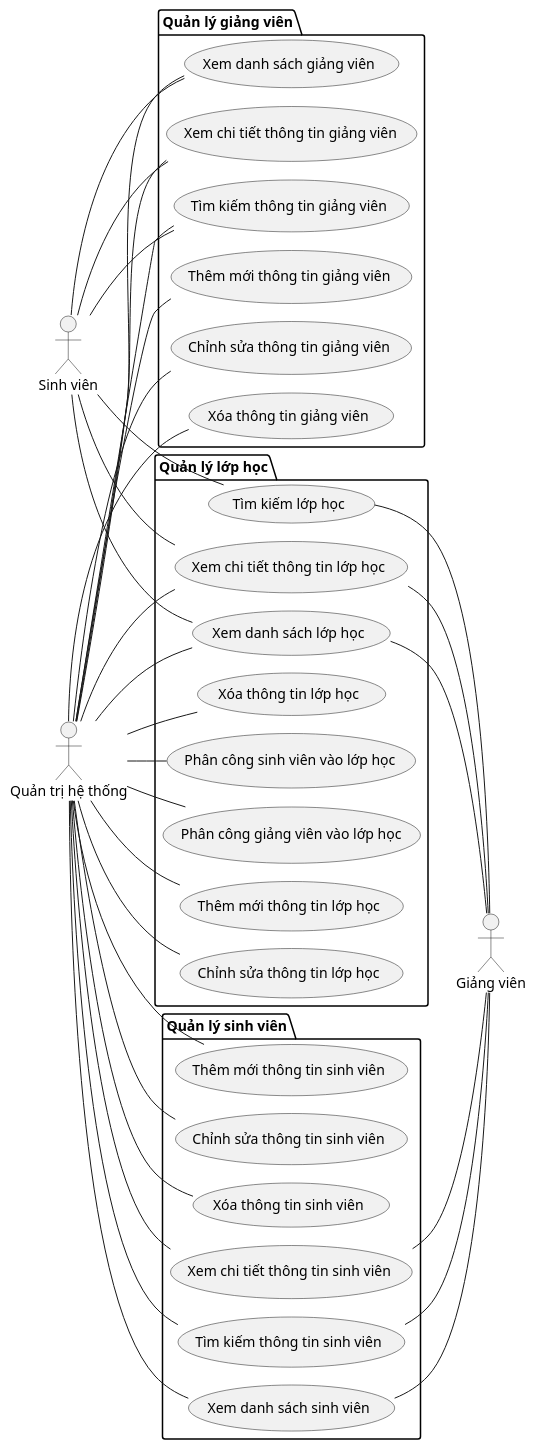
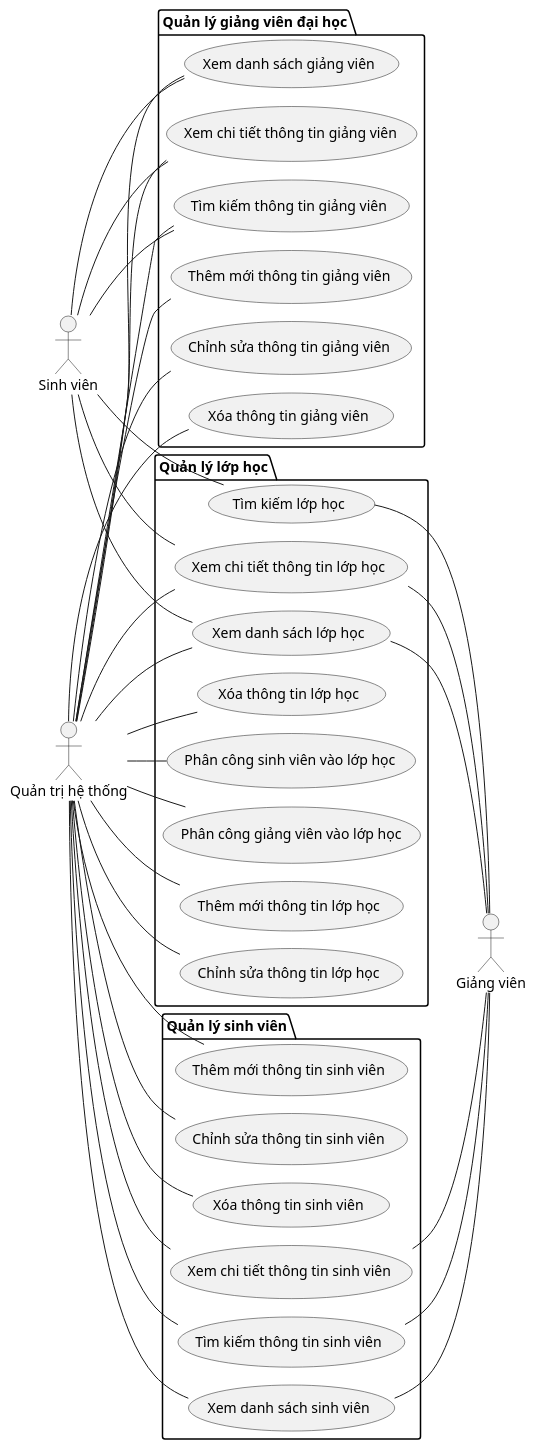
The diagram in 4.usecases.puml (alvinnguyen9820-prog/TestPUML), drawn with PlantUML before and after one commit.

```diff
--- a/4.usecases.puml
+++ b/4.usecases.puml
@@ -1,80 +1,80 @@
 @startuml
 !pragma layout smetana
 left to right direction
 
 '==================== Actors ====================
 actor "Quản trị hệ thống" as Admin
 actor "Giảng viên" as Teacher
 actor "Sinh viên" as Student
 
 '==================== CỘT TRÁI: Quản trị ====================
 
 
-package "Quản lý giảng viên" as P_TeacherMgmt {
+package "Quản lý giảng viên đại học" as P_TeacherMgmt {
   usecase "Xem danh sách giảng viên" as UC_T_List
   usecase "Xem chi tiết thông tin giảng viên" as UC_T_Detail
   usecase "Thêm mới thông tin giảng viên" as UC_T_Create
   usecase "Chỉnh sửa thông tin giảng viên" as UC_T_Update
   usecase "Xóa thông tin giảng viên" as UC_T_Delete
   usecase "Tìm kiếm thông tin giảng viên" as UC_T_Search
 }
 
 package "Quản lý sinh viên" as P_StudentMgmt {
   usecase "Xem danh sách sinh viên" as UC_S_List
   usecase "Xem chi tiết thông tin sinh viên" as UC_S_Detail
   usecase "Thêm mới thông tin sinh viên" as UC_S_Create
   usecase "Chỉnh sửa thông tin sinh viên" as UC_S_Update
   usecase "Xóa thông tin sinh viên" as UC_S_Delete
   usecase "Tìm kiếm thông tin sinh viên" as UC_S_Search
 }
 
 package "Quản lý lớp học" as P_ClassMgmt {
   usecase "Xem danh sách lớp học" as UC_C_List
   usecase "Xem chi tiết thông tin lớp học" as UC_C_Detail
   usecase "Thêm mới thông tin lớp học" as UC_C_Create
   usecase "Chỉnh sửa thông tin lớp học" as UC_C_Update
   usecase "Xóa thông tin lớp học" as UC_C_Delete
   usecase "Phân công sinh viên vào lớp học" as UC_S_Assign
   usecase "Phân công giảng viên vào lớp học" as UC_C_Assign
   usecase "Tìm kiếm lớp học" as UC_C_Search
 
 }
 
 '==================== Liên kết Actor → UC ====================
 Admin -- UC_T_List
 Admin -- UC_T_Detail
 Admin -- UC_T_Create
 Admin -- UC_T_Update
 Admin -- UC_T_Delete
 Admin -- UC_T_Search
 
 Admin -- UC_S_List
 Admin -- UC_S_Detail
 Admin -- UC_S_Create
 Admin -- UC_S_Update
 Admin -- UC_S_Delete
 Admin -- UC_S_Search
 
 Admin -- UC_C_List
 Admin -- UC_C_Detail
 Admin -- UC_C_Create
 Admin -- UC_C_Update
 Admin -- UC_C_Delete
 Admin -- UC_S_Assign
 Admin -- UC_C_Assign
 
 UC_C_List -- Teacher
 UC_C_Detail -- Teacher
 UC_S_List -- Teacher
 UC_S_Detail -- Teacher
 UC_C_Search -- Teacher
 UC_S_Search -- Teacher
 
 Student -- UC_C_List
 Student -- UC_C_Detail
 Student -- UC_T_List
 Student -- UC_T_Detail
 Student -- UC_T_Search
 Student -- UC_C_Search
 
 @enduml
```
